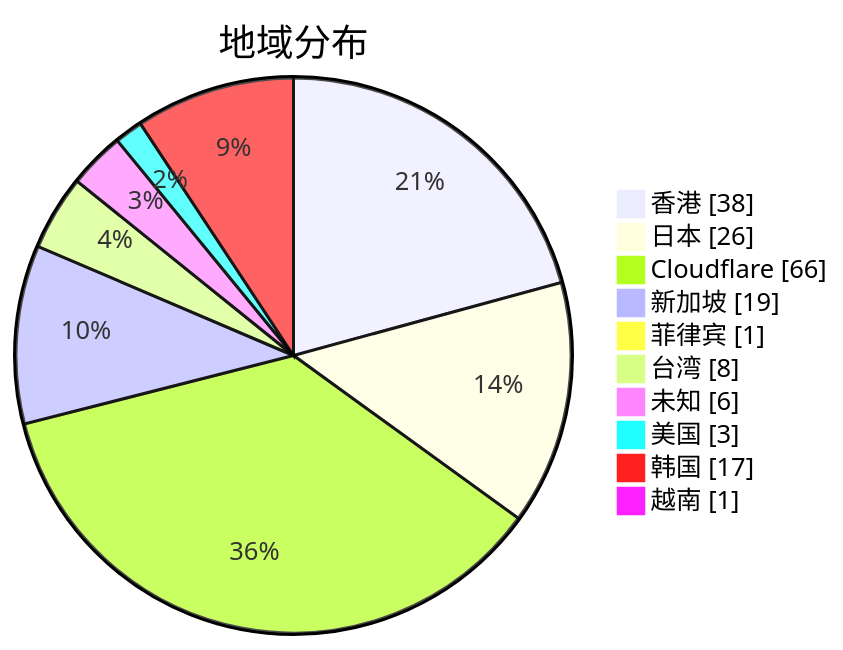
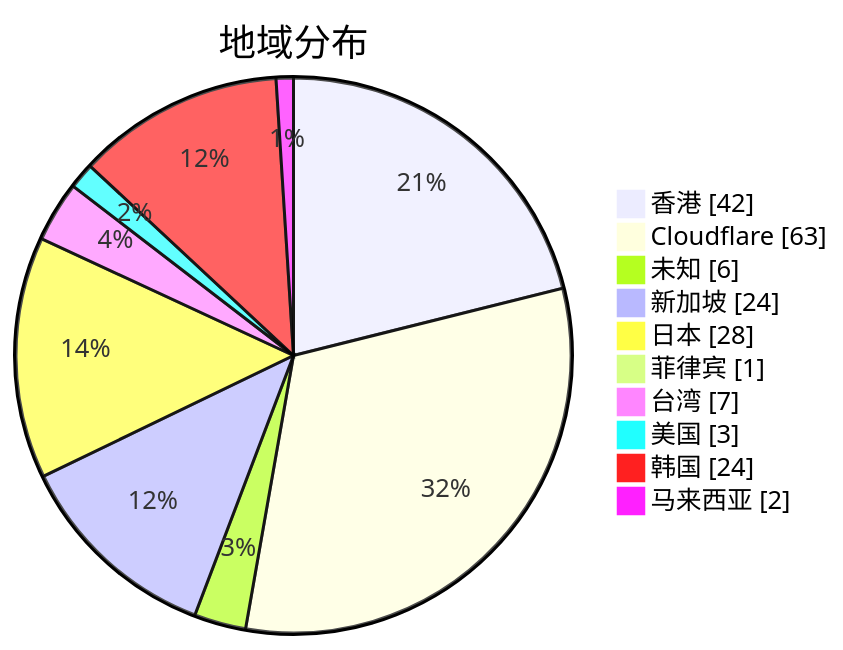
The second of 3 diagrams in subs/statistics/tested_within.md (qjlxg/airport), drawn with Mermaid before and after one commit. The commit also changed other lines of this file and 2 other files, not shown here.

````diff
--- a/subs/statistics/tested_within.md
+++ b/subs/statistics/tested_within.md
@@ -12,14 +11,14 @@
 ```mermaid
 pie showData
 title 地域分布
-"香港" : 38
-"日本" : 26
-"Cloudflare" : 66
-"新加坡" : 19
+"香港" : 42
+"Cloudflare" : 63
+"未知" : 6
+"新加坡" : 24
+"日本" : 28
 "菲律宾" : 1
-"台湾" : 8
-"未知" : 6
+"台湾" : 7
 "美国" : 3
-"韩国" : 17
-"越南" : 1
+"韩国" : 24
+"马来西亚" : 2
 ```
````
